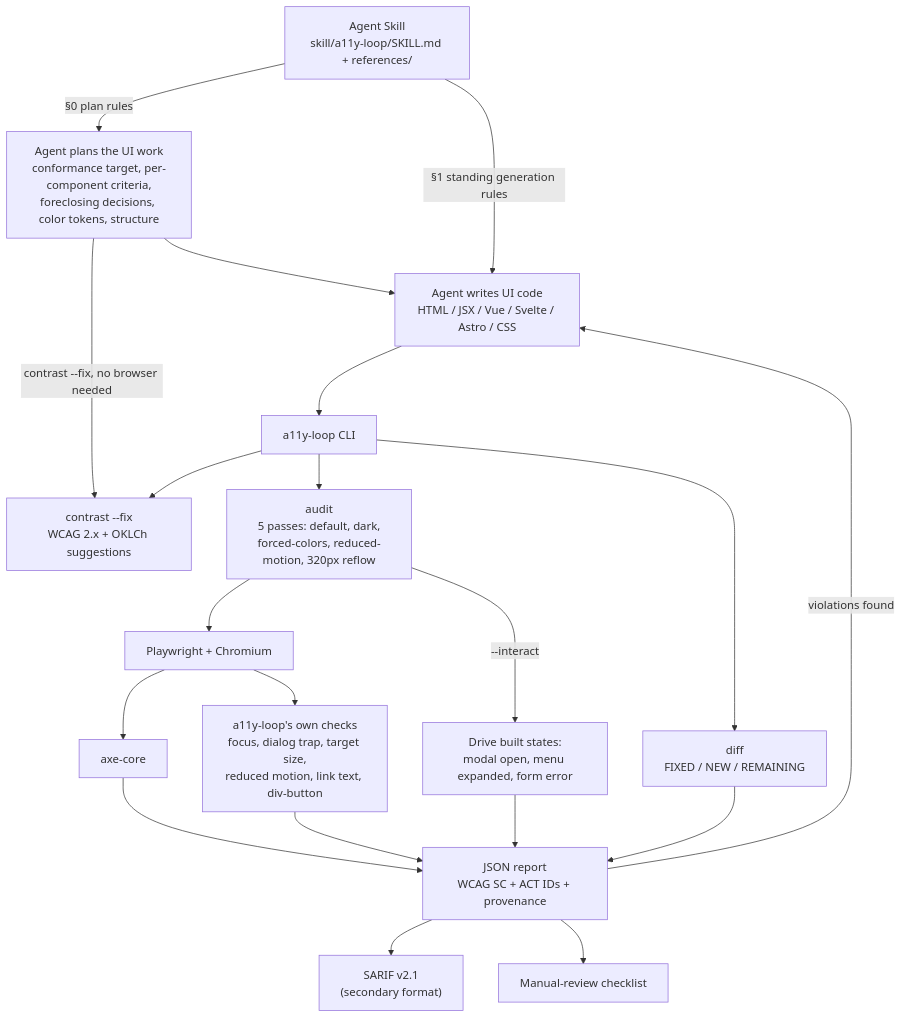
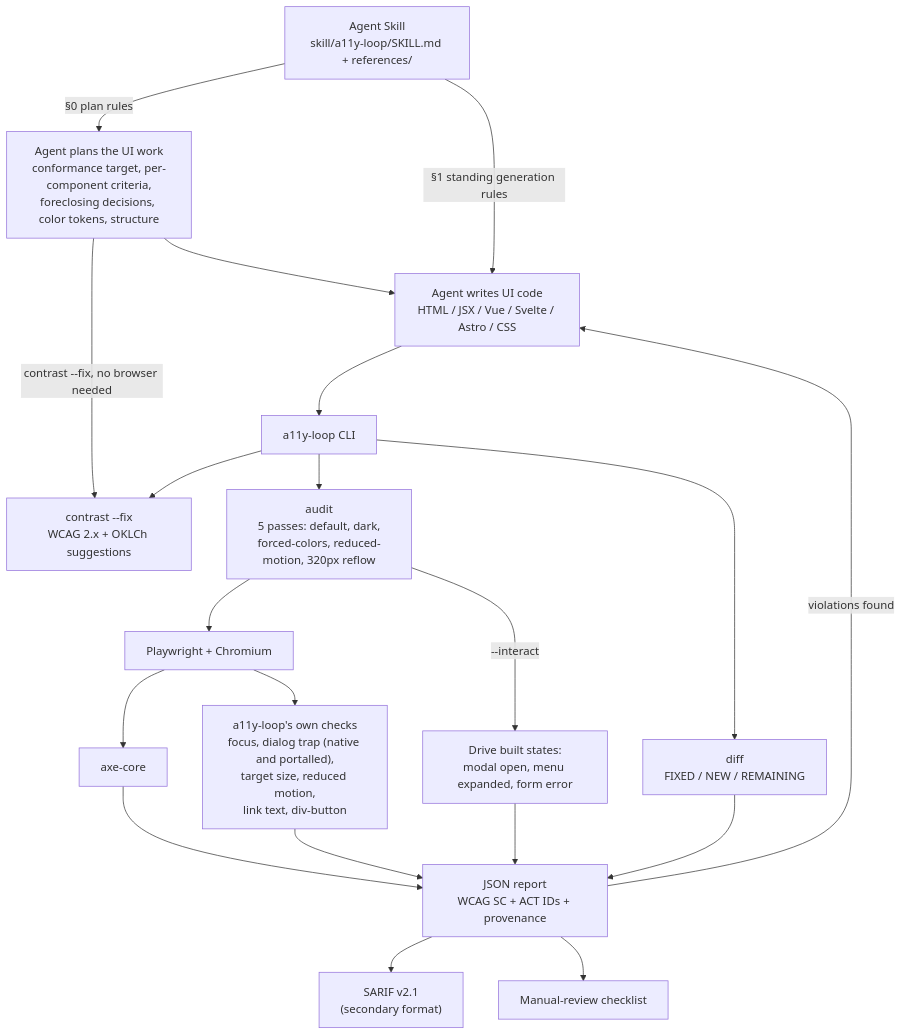
Before and after one commit to ChanMeng666/a11y-loop: the third of 4 diagrams in README.md, drawn with Mermaid. The commit also changed other lines of this file and 13 other files, not shown here.

````diff
--- a/README.md
+++ b/README.md
@@ -284,22 +379,22 @@
 ```mermaid
 graph TD
     A["Agent Skill<br/>skill/a11y-loop/SKILL.md + references/"] -->|"§0 plan rules"| P["Agent plans the UI work<br/>conformance target, per-component criteria,<br/>foreclosing decisions, color tokens, structure"]
     P -->|"contrast --fix, no browser needed"| E
     P --> B
     A -->|"§1 standing generation rules"| B["Agent writes UI code<br/>HTML / JSX / Vue / Svelte / Astro / CSS"]
     B --> C["a11y-loop CLI"]
     C --> D["audit<br/>5 passes: default, dark,<br/>forced-colors, reduced-motion, 320px reflow"]
     C --> E["contrast --fix<br/>WCAG 2.x + OKLCh suggestions"]
     C --> F["diff<br/>FIXED / NEW / REMAINING"]
     D --> G["Playwright + Chromium"]
     G --> H["axe-core"]
-    G --> I["a11y-loop's own checks<br/>focus, dialog trap, target size,<br/>reduced motion, link text, div-button"]
+    G --> I["a11y-loop's own checks<br/>focus, dialog trap (native and portalled),<br/>target size, reduced motion,<br/>link text, div-button"]
     D -->|--interact| J["Drive built states:<br/>modal open, menu expanded, form error"]
     H --> K["JSON report<br/>WCAG SC + ACT IDs + provenance"]
     I --> K
     J --> K
     K --> L["SARIF v2.1<br/>(secondary format)"]
     K --> M["Manual-review checklist"]
     K -->|violations found| B
     F --> K
 ```
````
